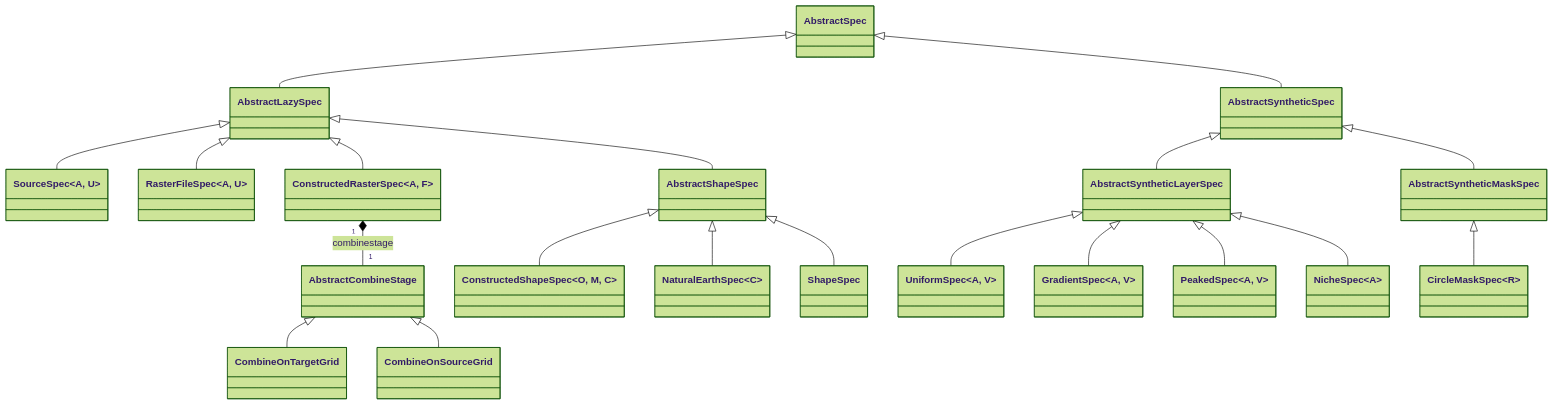
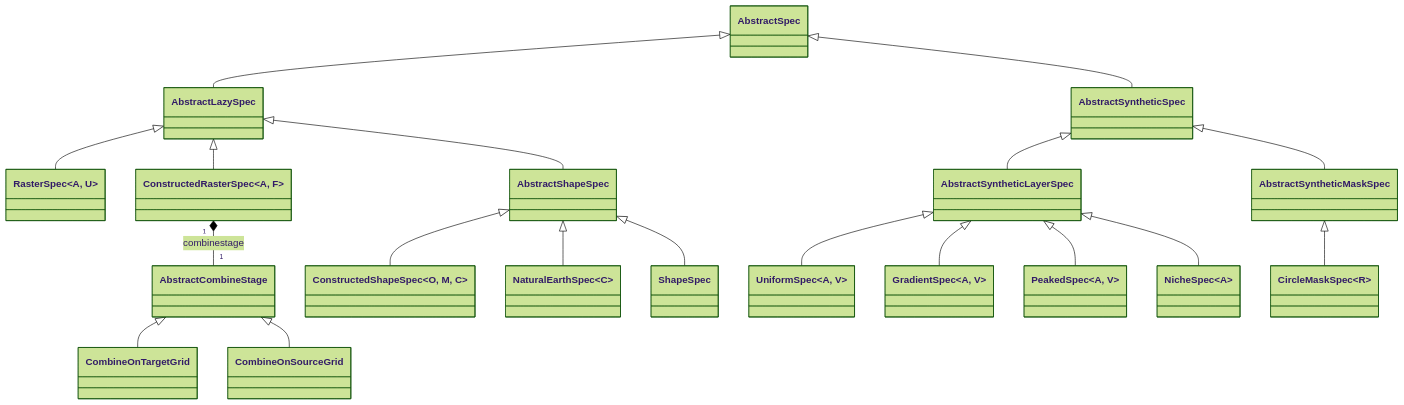
One commit to EcoJulia/EcoSISTEM.jl changed the ninth of 20 diagrams in data/architecture.md. Above: the diagram before and after it, drawn with Mermaid (forest theme). The commit also changed other lines of this file and 1 other file, not shown here.

Commit message:
Fix architecture diagram

````diff
--- a/data/architecture.md
+++ b/data/architecture.md
@@ -492,40 +494,38 @@
 ```mermaid
 classDiagram
     class AbstractSpec
     class AbstractLazySpec
     class AbstractSyntheticSpec
     class AbstractSyntheticLayerSpec
     class AbstractSyntheticMaskSpec
-    class SourceSpec~A, U~
-    class RasterFileSpec~A, U~
+    class RasterSpec~A, U~
     class ShapeSpec
     class AbstractShapeSpec
     class NaturalEarthSpec~C~
     class ConstructedShapeSpec~O, M, C~
     class ConstructedRasterSpec~A, F~
     class UniformSpec~A, V~
     class GradientSpec~A, V~
     class PeakedSpec~A, V~
     class NicheSpec~A~
     class CircleMaskSpec~R~
     class AbstractCombineStage
     AbstractSpec              <|-- AbstractLazySpec
     AbstractSpec              <|-- AbstractSyntheticSpec
-    AbstractLazySpec          <|-- SourceSpec
-    AbstractLazySpec          <|-- RasterFileSpec
+    AbstractLazySpec          <|-- RasterSpec
     AbstractLazySpec          <|-- ConstructedRasterSpec
     AbstractSyntheticSpec     <|-- AbstractSyntheticLayerSpec
     AbstractSyntheticSpec     <|-- AbstractSyntheticMaskSpec
     AbstractSyntheticLayerSpec <|-- UniformSpec
     AbstractSyntheticLayerSpec <|-- GradientSpec
     AbstractSyntheticLayerSpec <|-- PeakedSpec
     AbstractSyntheticLayerSpec <|-- NicheSpec
     AbstractSyntheticMaskSpec  <|-- CircleMaskSpec
     AbstractCombineStage <|-- CombineOnTargetGrid
     AbstractCombineStage <|-- CombineOnSourceGrid
     ConstructedRasterSpec "1" *-- "1" AbstractCombineStage : combinestage
     AbstractLazySpec <|-- AbstractShapeSpec
     AbstractShapeSpec <|-- ConstructedShapeSpec
     AbstractShapeSpec <|-- NaturalEarthSpec
     AbstractShapeSpec <|-- ShapeSpec
 ```
````
